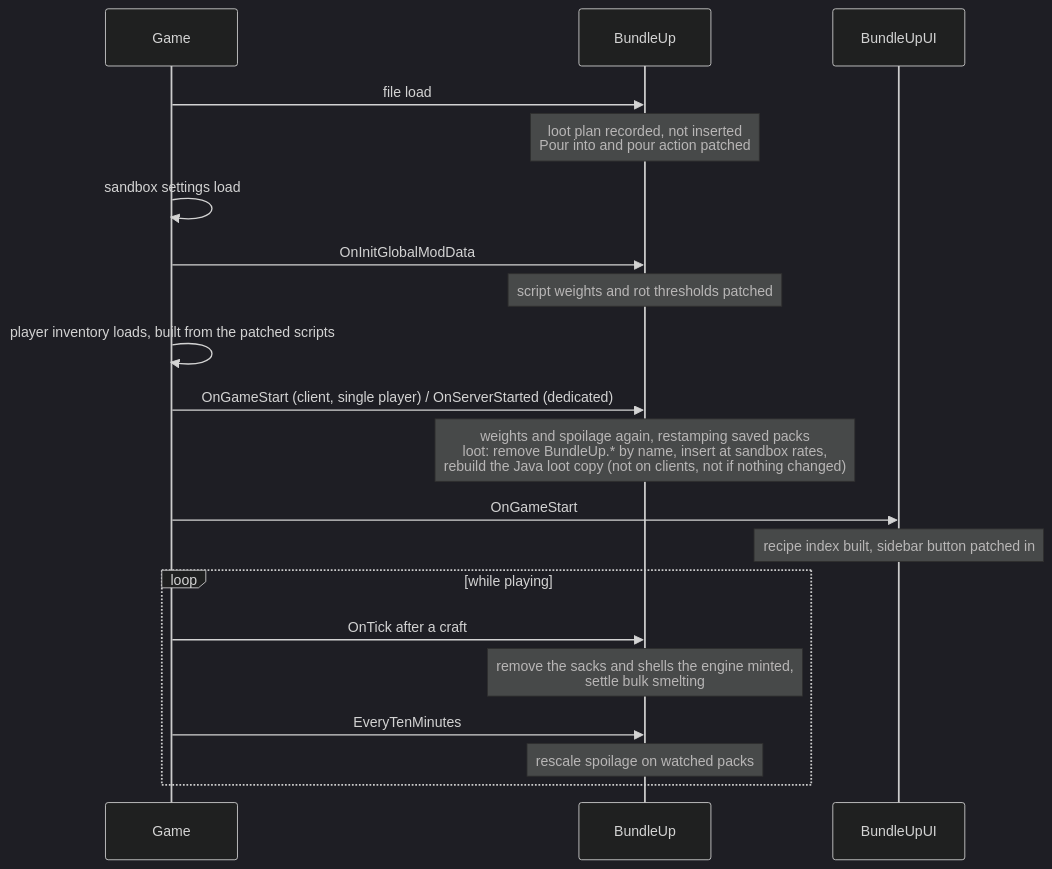
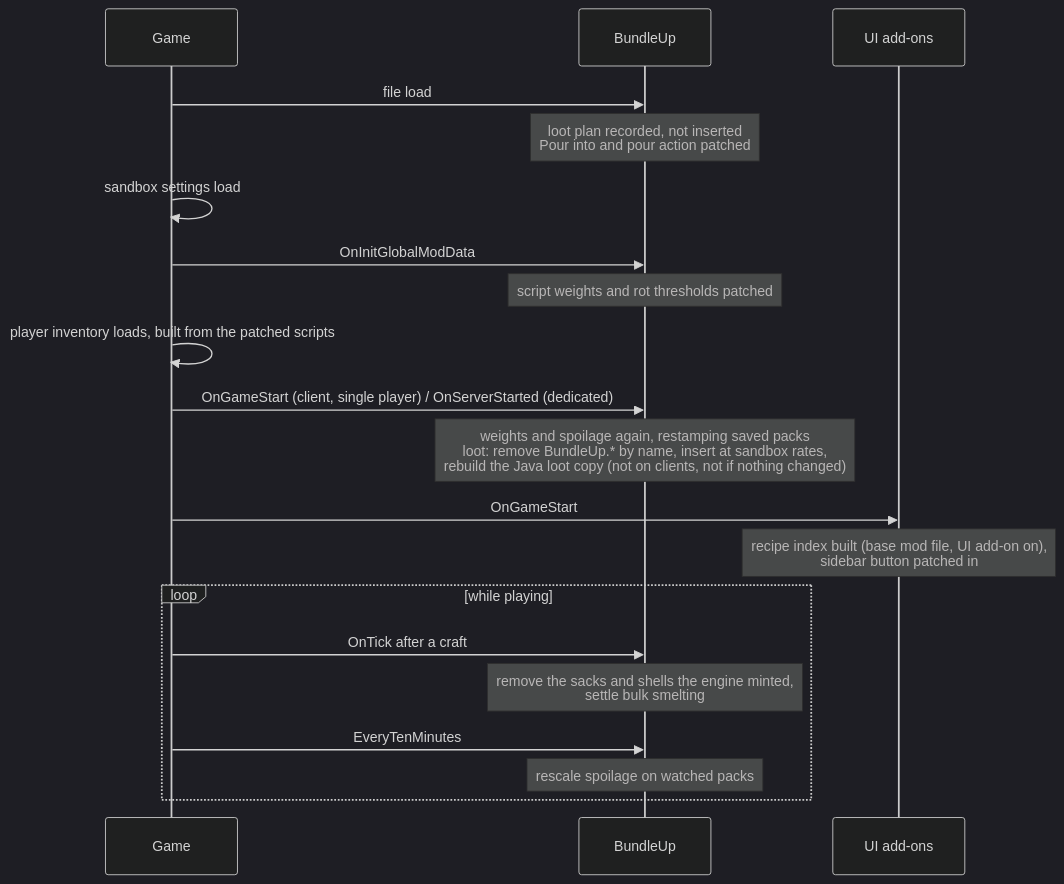
One commit to mariaalexissales/Bundle-Up changed the second of 3 diagrams in ARCHITECTURE.md. Above: the diagram before and after it, drawn with Mermaid (dark theme). The commit also changed other lines of this file and 1 other file, not shown here.

````diff
--- a/ARCHITECTURE.md
+++ b/ARCHITECTURE.md
@@ -140,22 +159,22 @@
 ```mermaid
 sequenceDiagram
     participant G as Game
     participant B as BundleUp
-    participant U as BundleUpUI
+    participant U as UI add-ons
     G->>B: file load
     Note over B: loot plan recorded, not inserted<br/>Pour into and pour action patched
     G->>G: sandbox settings load
     G->>B: OnInitGlobalModData
     Note over B: script weights and rot thresholds patched
     G->>G: player inventory loads, built from the patched scripts
     G->>B: OnGameStart (client, single player) / OnServerStarted (dedicated)
     Note over B: weights and spoilage again, restamping saved packs<br/>loot: remove BundleUp.* by name, insert at sandbox rates,<br/>rebuild the Java loot copy (not on clients, not if nothing changed)
     G->>U: OnGameStart
-    Note over U: recipe index built, sidebar button patched in
+    Note over U: recipe index built (base mod file, UI add-on on),<br/>sidebar button patched in
     loop while playing
         G->>B: OnTick after a craft
         Note over B: remove the sacks and shells the engine minted,<br/>settle bulk smelting
         G->>B: EveryTenMinutes
         Note over B: rescale spoilage on watched packs
     end
 ```
````
